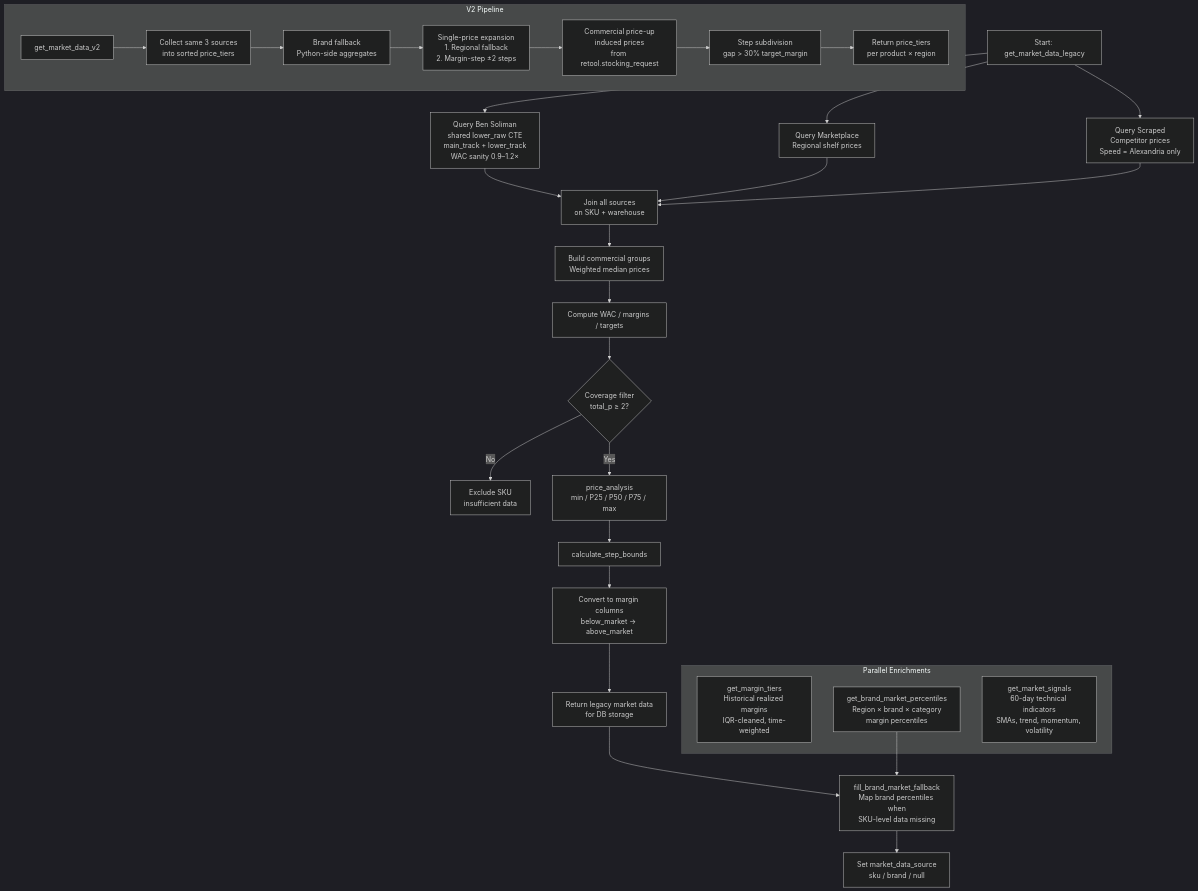
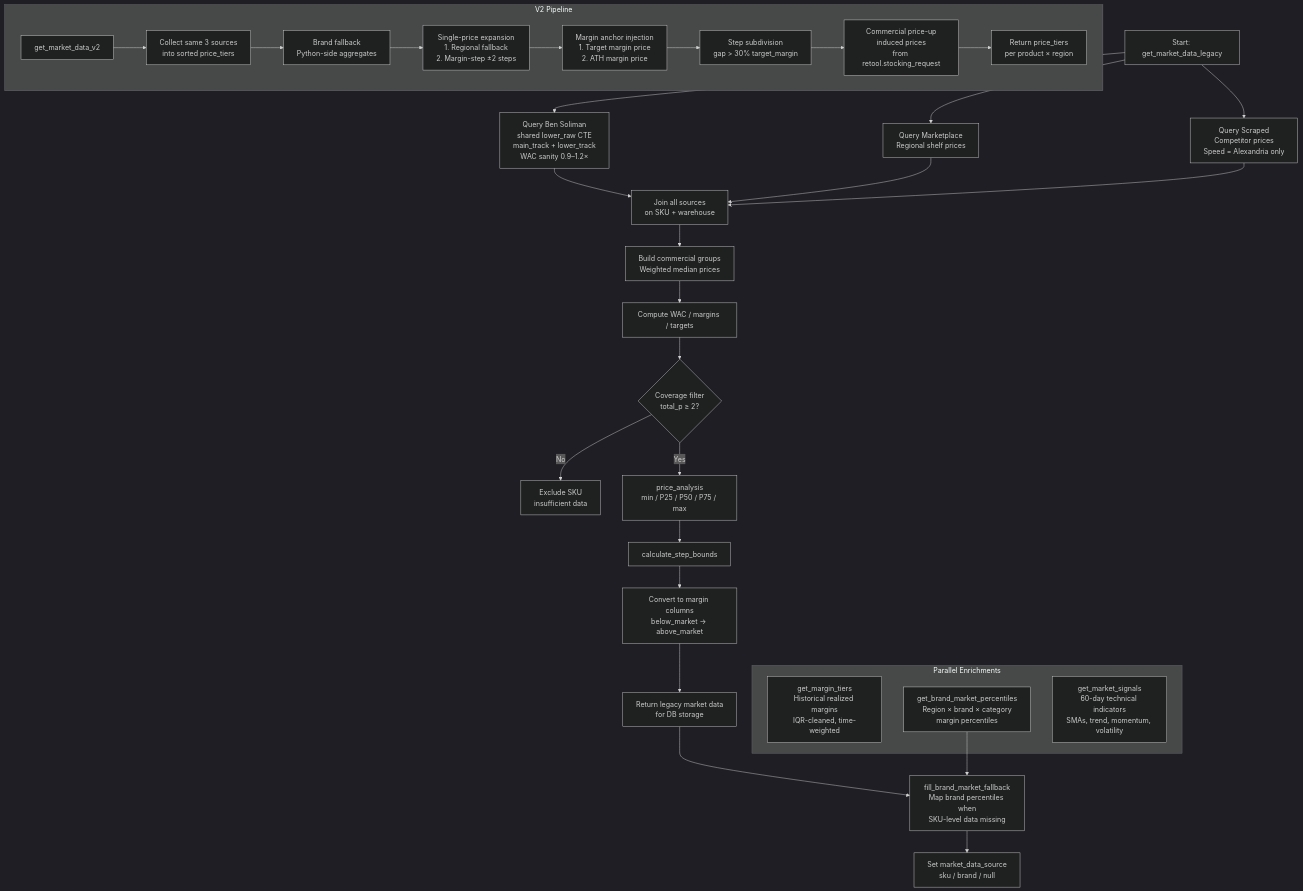
One commit to Maxab-Growth/Mustafa changed the first of 2 diagrams in docs/market_data_module.md. Above: the diagram before and after it, drawn with Mermaid (dark theme). The commit also changed other lines of this file and 1 other file, not shown here.

Commit message:
Add target margin + ATH margin anchor prices to V2 price tiers
Inject two margin-derived anchor prices into each SKU price_tiers before step subdivision: target margin price (wac / (1 - target_margin)) and ATH margin price (wac / (1 - ath_margin), 240d IQR-filtered max). This prevents the tier ladder from jumping straight to high market prices without intermediate steps in the proven pricing zone.

Made-with: Cursor

````diff
--- a/docs/market_data_module.md
+++ b/docs/market_data_module.md
@@ -11,38 +11,39 @@
 ```mermaid
 flowchart TD
     A[Start: get_market_data_legacy] --> B1[Query Ben Soliman\nshared lower_raw CTE\nmain_track + lower_track\nWAC sanity 0.9–1.2×]
     A --> B2[Query Marketplace\nRegional shelf prices]
     A --> B3[Query Scraped\nCompetitor prices\nSpeed = Alexandria only]
 
     B1 --> C[Join all sources\non SKU + warehouse]
     B2 --> C
     B3 --> C
 
     C --> D[Build commercial groups\nWeighted median prices]
     D --> E[Compute WAC / margins / targets]
     E --> F{Coverage filter\ntotal_p ≥ 2?}
     F -- No --> G[Exclude SKU\ninsufficient data]
     F -- Yes --> H[price_analysis\nmin / P25 / P50 / P75 / max]
     H --> I[calculate_step_bounds]
     I --> J[Convert to margin columns\nbelow_market → above_market]
     J --> K[Return legacy market data\nfor DB storage]
 
     subgraph V2 Pipeline
         V2A[get_market_data_v2] --> V2B[Collect same 3 sources\ninto sorted price_tiers]
         V2B --> V2C[Brand fallback\nPython-side aggregates]
         V2C --> V2D["Single-price expansion\n1. Regional fallback\n2. Margin-step ±2 steps"]
-        V2D --> V2E["Commercial price-up\ninduced prices\nfrom retool.stocking_request"]
-        V2E --> V2F["Step subdivision\ngap > 30% target_margin"]
-        V2F --> V2G[Return price_tiers\nper product × region]
+        V2D --> V2D2["Margin anchor injection\n1. Target margin price\n2. ATH margin price"]
+        V2D2 --> V2E["Step subdivision\ngap > 30% target_margin"]
+        V2E --> V2E2["Commercial price-up\ninduced prices\nfrom retool.stocking_request"]
+        V2E2 --> V2F[Return price_tiers\nper product × region]
     end
 
     subgraph Parallel Enrichments
         L[get_margin_tiers\nHistorical realized margins\nIQR-cleaned, time-weighted]
         M[get_brand_market_percentiles\nRegion × brand × category\nmargin percentiles]
         N[get_market_signals\n60-day technical indicators\nSMAs, trend, momentum, volatility]
     end
 
     K --> O[fill_brand_market_fallback\nMap brand percentiles when\nSKU-level data missing]
     M --> O
     O --> P[Set market_data_source\nsku / brand / null]
 ```
````
